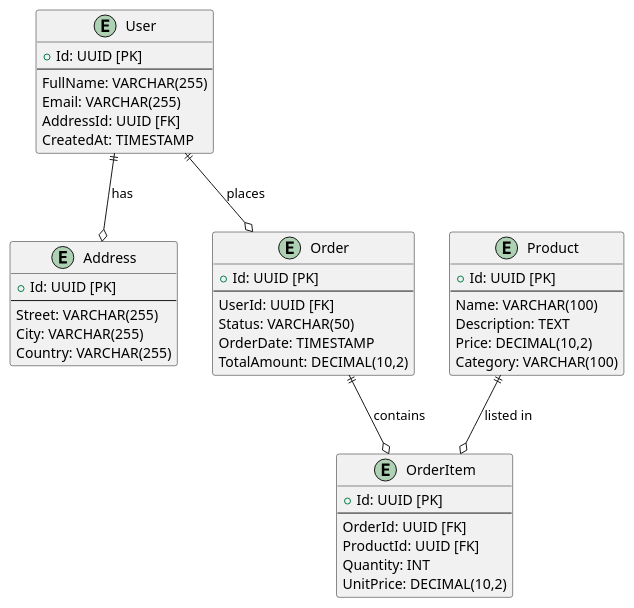
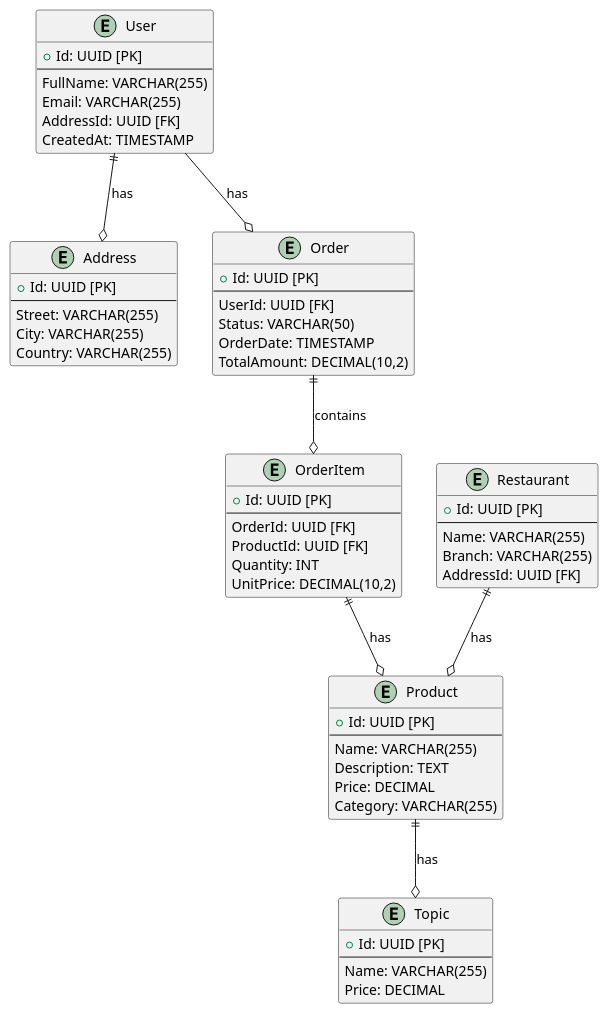
The diagram in src/c4 diagram/er-diagram.puml (Food-Delivery-Web-Development/GatewayAPI), drawn with PlantUML before and after one commit.

Commit message:
er diagram updated

```diff
--- a/src/c4 diagram/er-diagram.puml
+++ b/src/c4 diagram/er-diagram.puml
@@ -1,52 +1,69 @@
-@startuml
+@startuml Delivery App
 
 entity User {
     +Id: UUID [PK]
     --
     FullName: VARCHAR(255)
     Email: VARCHAR(255)
     AddressId: UUID [FK]
     CreatedAt: TIMESTAMP
 }
 
 entity Address {
     +Id: UUID [PK]
     --
     Street: VARCHAR(255)
     City: VARCHAR(255)
     Country: VARCHAR(255)
 }
 
+entity Restaurant {
+    + Id: UUID [PK]
+    --
+    Name: VARCHAR(255)
+    Branch: VARCHAR(255)
+    AddressId: UUID [FK]
+}
+
 entity Product {
     +Id: UUID [PK]
     --
-    Name: VARCHAR(100)
+    Name: VARCHAR(255)
     Description: TEXT
-    Price: DECIMAL(10,2)
-    Category: VARCHAR(100)
+    Price: DECIMAL
+    Category: VARCHAR(255)
+}
+
+entity Topic {
+    + Id: UUID [PK]
+    --
+    Name: VARCHAR(255)
+    Price: DECIMAL
 }
 
 entity Order {
     +Id: UUID [PK]
     --
     UserId: UUID [FK]
     Status: VARCHAR(50)
     OrderDate: TIMESTAMP
     TotalAmount: DECIMAL(10,2)
 }
 
 entity OrderItem {
     +Id: UUID [PK]
     --
     OrderId: UUID [FK]
     ProductId: UUID [FK]
     Quantity: INT
     UnitPrice: DECIMAL(10,2)
 }
 
 User ||--o Address : "has"
-User ||--o "Order" : "places"
+User --o Order : "has"
 Order ||--o OrderItem : "contains"
-Product ||--o OrderItem : "listed in"
+OrderItem ||--o Product : "has"
+Product ||--o Topic : "has"
+Restaurant ||--o Product : "has"
 
 @enduml
```
